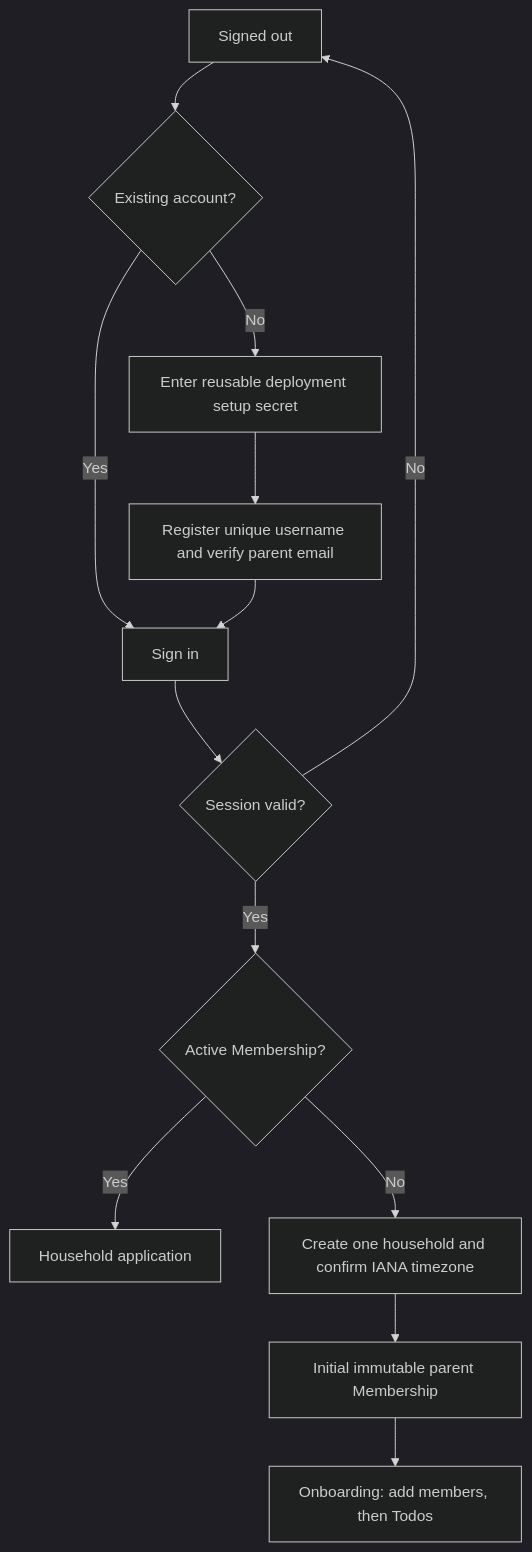
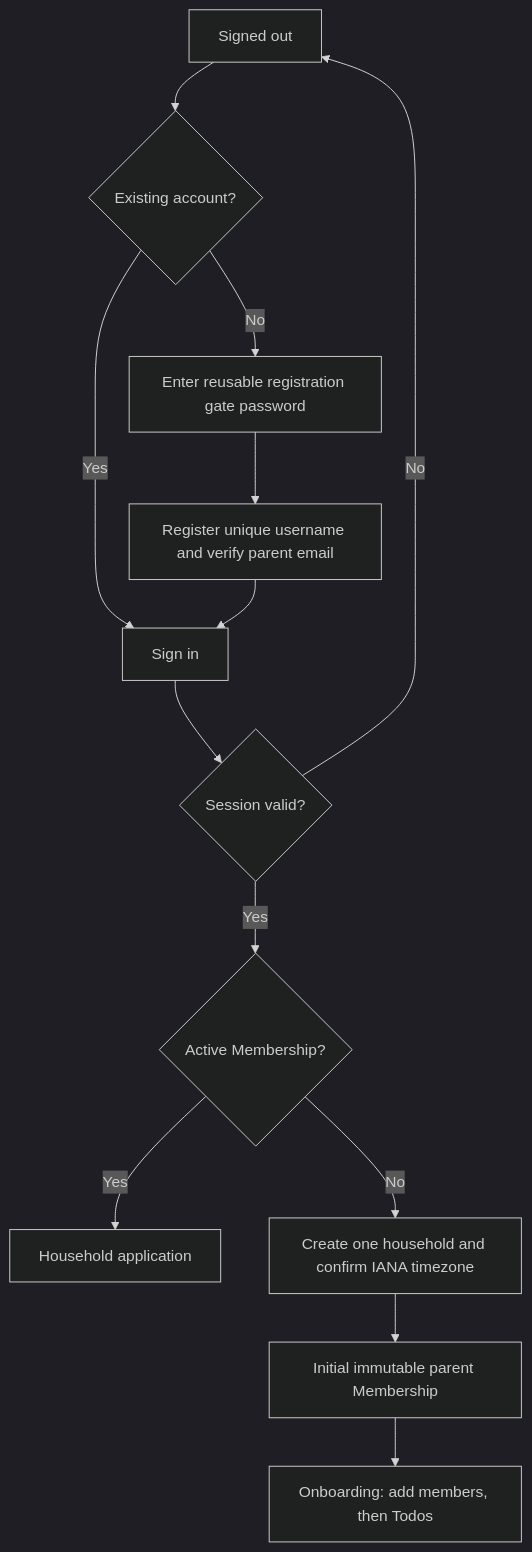
Before and after one commit to joew-ai/todone: the first of 2 diagrams in docs/ux/global-user-flows.md, drawn with Mermaid (dark theme). The commit also changed other lines of this file and 16 other files, not shown here.

````diff
--- a/docs/ux/global-user-flows.md
+++ b/docs/ux/global-user-flows.md
@@ -22,15 +22,15 @@
 ```mermaid
 flowchart TD
     A[Signed out] --> B{Existing account?}
     B -->|Yes| C[Sign in]
-    B -->|No| D[Enter reusable deployment setup secret]
+    B -->|No| D[Enter reusable registration gate password]
     D --> E[Register unique username and verify parent email]
     E --> C
     C --> F{Session valid?}
     F -->|No| A
     F -->|Yes| G{Active Membership?}
     G -->|Yes| H[Household application]
     G -->|No| I[Create one household and confirm IANA timezone]
     I --> J[Initial immutable parent Membership]
     J --> K[Onboarding: add members, then Todos]
 ```
````
